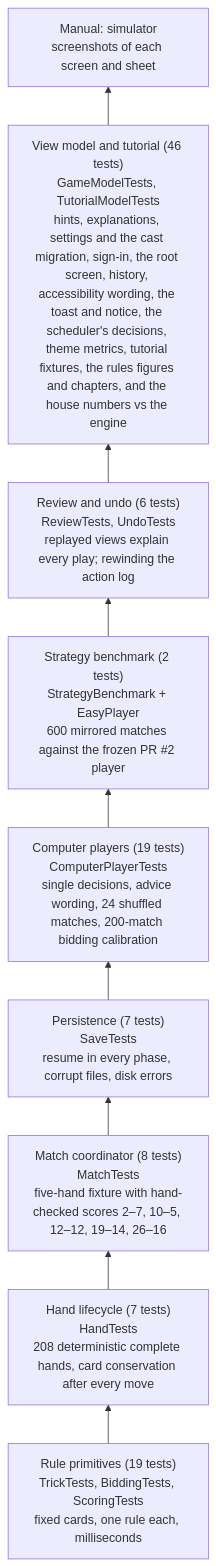
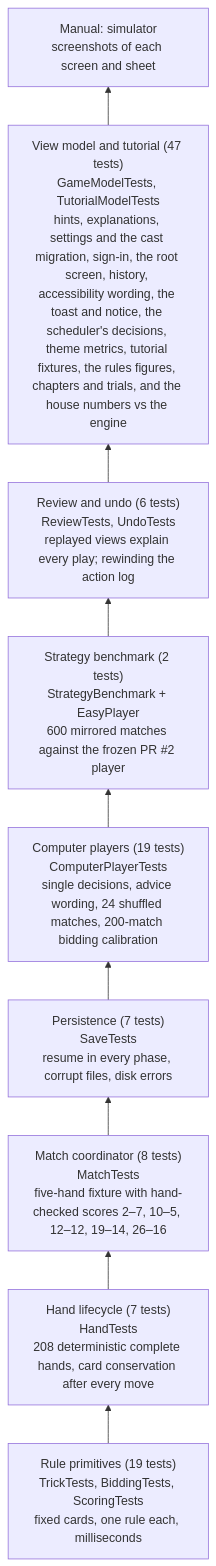
The first of 2 diagrams in docs/testing.md (cmurphy1140/catch-5), drawn with Mermaid before and after one commit. The commit also changed other lines of this file and 8 other files, not shown here.

First line of the commit message:
Rules you can try, judged by the engine

````diff
--- a/docs/testing.md
+++ b/docs/testing.md
@@ -40,13 +40,13 @@
 ```mermaid
 flowchart BT
     L1["Rule primitives (19 tests)<br/>TrickTests, BiddingTests, ScoringTests<br/>fixed cards, one rule each, milliseconds"]
     L2["Hand lifecycle (7 tests)<br/>HandTests<br/>208 deterministic complete hands, card conservation after every move"]
     L3["Match coordinator (8 tests)<br/>MatchTests<br/>five-hand fixture with hand-checked scores 2–7, 10–5, 12–12, 19–14, 26–16"]
     L4["Persistence (7 tests)<br/>SaveTests<br/>resume in every phase, corrupt files, disk errors"]
     L5["Computer players (19 tests)<br/>ComputerPlayerTests<br/>single decisions, advice wording, 24 shuffled matches, 200-match bidding calibration"]
     L5b["Strategy benchmark (2 tests)<br/>StrategyBenchmark + EasyPlayer<br/>600 mirrored matches against the frozen PR #2 player"]
     L5c["Review and undo (6 tests)<br/>ReviewTests, UndoTests<br/>replayed views explain every play; rewinding the action log"]
-    L6["View model and tutorial (46 tests)<br/>GameModelTests, TutorialModelTests<br/>hints, explanations, settings and the cast migration, sign-in, the root screen, history, accessibility wording, the toast and notice, the scheduler's decisions, theme metrics, tutorial fixtures, the rules figures and chapters, and the house numbers vs the engine"]
+    L6["View model and tutorial (47 tests)<br/>GameModelTests, TutorialModelTests<br/>hints, explanations, settings and the cast migration, sign-in, the root screen, history, accessibility wording, the toast and notice, the scheduler's decisions, theme metrics, tutorial fixtures, the rules figures, chapters and trials, and the house numbers vs the engine"]
     L7["Manual: simulator<br/>screenshots of each screen and sheet"]
     L1 --> L2 --> L3 --> L4 --> L5 --> L5b --> L5c --> L6 --> L7
 ```
````
